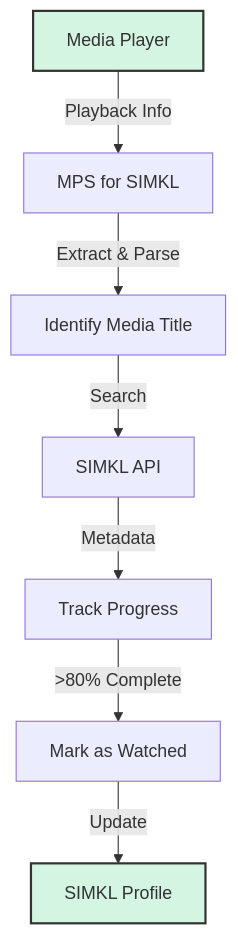
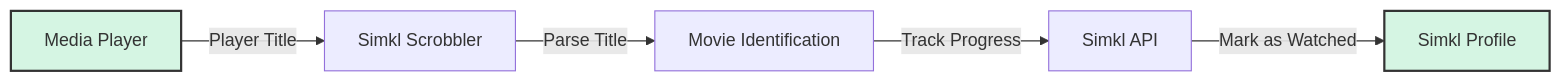
The diagram in README.md (ByteTrix/Media-Player-Scrobbler-for-Simkl), drawn with Mermaid before and after one commit.

````diff
--- a/README.md
+++ b/README.md
@@ -44,11 +44,10 @@
 ```mermaid
-graph TD
-    A[Media Player] -->|Playback Info| B[MPS for SIMKL]
-    B -->|Extract & Parse| C[Identify Media Title]
-    C -->|Search| D[SIMKL API]
-    D -->|Metadata| E[Track Progress]
-    E -->|>80% Complete| F[Mark as Watched]
-    F -->|Update| G[SIMKL Profile]
+graph LR
+    A[Media Player] -->|Player Title| B[Simkl Scrobbler]
+    B -->|Parse Title| C[Movie Identification]
+    C -->|Track Progress| D[Simkl API]
+    D -->|Mark as Watched| E[Simkl Profile]
+    
     style A fill:#d5f5e3,stroke:#333,stroke-width:2px
-    style G fill:#d5f5e3,stroke:#333,stroke-width:2px
+    style E fill:#d5f5e3,stroke:#333,stroke-width:2px
 ```
````
